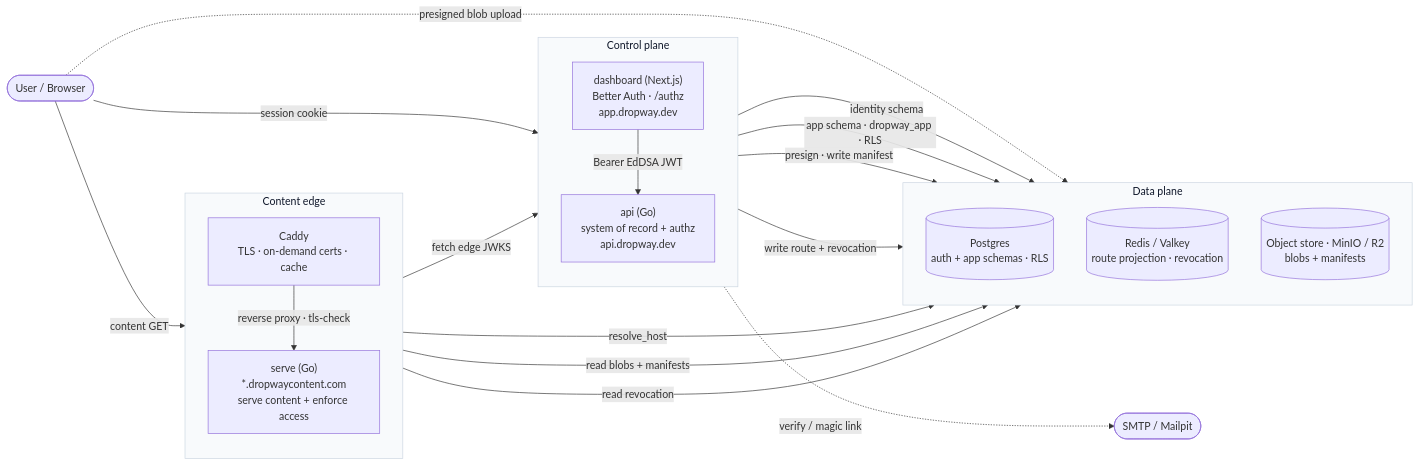
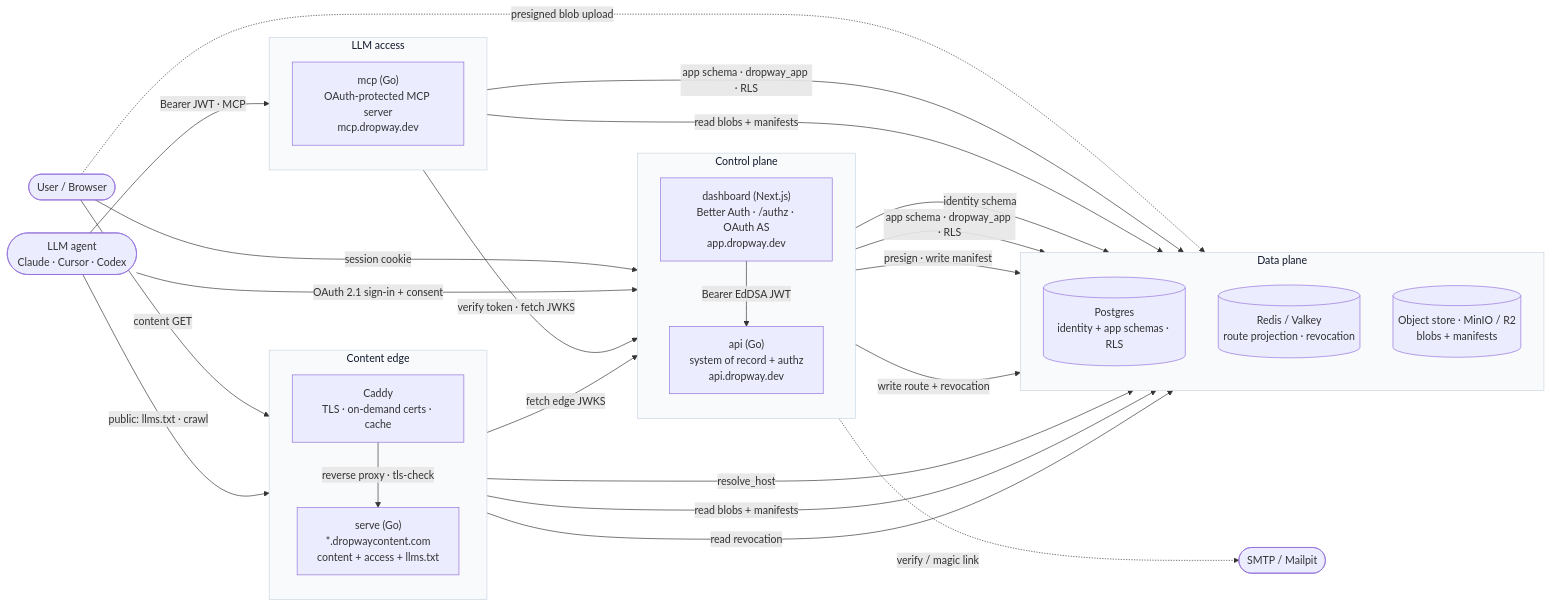
One commit to danielpang/dropway changed the first of 2 diagrams in docs/diagrams/README.md. Above: the diagram before and after it, drawn with Mermaid. The commit also changed other lines of this file and 6 other files, not shown here.

First line of the commit message:
docs: MCP server setup instructions + factor it into the system diagrams

````diff
--- a/docs/diagrams/README.md
+++ b/docs/diagrams/README.md
@@ -17,43 +21,55 @@
 ```mermaid
 flowchart LR
   user(["User / Browser"])
+  agent(["LLM agent<br/>Claude · Cursor · Codex"])
 
   subgraph edge["Content edge"]
     direction TB
     caddy["Caddy<br/>TLS · on-demand certs · cache"]
-    serve["serve (Go)<br/>*.dropwaycontent.com<br/>serve content + enforce access"]
+    serve["serve (Go)<br/>*.dropwaycontent.com<br/>content + access + llms.txt"]
   end
 
   subgraph control["Control plane"]
     direction TB
-    dash["dashboard (Next.js)<br/>Better Auth · /authz<br/>app.dropway.dev"]
+    dash["dashboard (Next.js)<br/>Better Auth · /authz · OAuth AS<br/>app.dropway.dev"]
     api["api (Go)<br/>system of record + authz<br/>api.dropway.dev"]
+  end
+
+  subgraph llm["LLM access"]
+    direction TB
+    mcp["mcp (Go)<br/>OAuth-protected MCP server<br/>mcp.dropway.dev"]
   end
 
   subgraph datap["Data plane"]
     direction TB
-    pg[("Postgres<br/>auth + app schemas · RLS")]
+    pg[("Postgres<br/>identity + app schemas · RLS")]
     redis[("Redis / Valkey<br/>route projection · revocation")]
     store[("Object store · MinIO / R2<br/>blobs + manifests")]
   end
 
   smtp(["SMTP / Mailpit"])
 
   user -->|session cookie| dash
   user -->|content GET| caddy
   user -. presigned blob upload .-> store
+  agent -->|public: llms.txt · crawl| caddy
+  agent -->|OAuth 2.1 sign-in + consent| dash
+  agent -->|Bearer JWT · MCP| mcp
   caddy -->|reverse proxy · tls-check| serve
   dash -->|Bearer EdDSA JWT| api
   dash -->|identity schema| pg
   dash -. verify / magic link .-> smtp
   api -->|app schema · dropway_app · RLS| pg
   api -->|presign · write manifest| store
   api -->|write route + revocation| redis
   serve -->|resolve_host| pg
   serve -->|read blobs + manifests| store
   serve -->|read revocation| redis
   serve -->|fetch edge JWKS| api
+  mcp -->|verify token · fetch JWKS| dash
+  mcp -->|app schema · dropway_app · RLS| pg
+  mcp -->|read blobs + manifests| store
 
   classDef plane fill:#f8fafc,stroke:#cbd5e1,color:#0f172a;
-  class edge,control,datap plane;
+  class edge,control,datap,llm plane;
 ```
````
